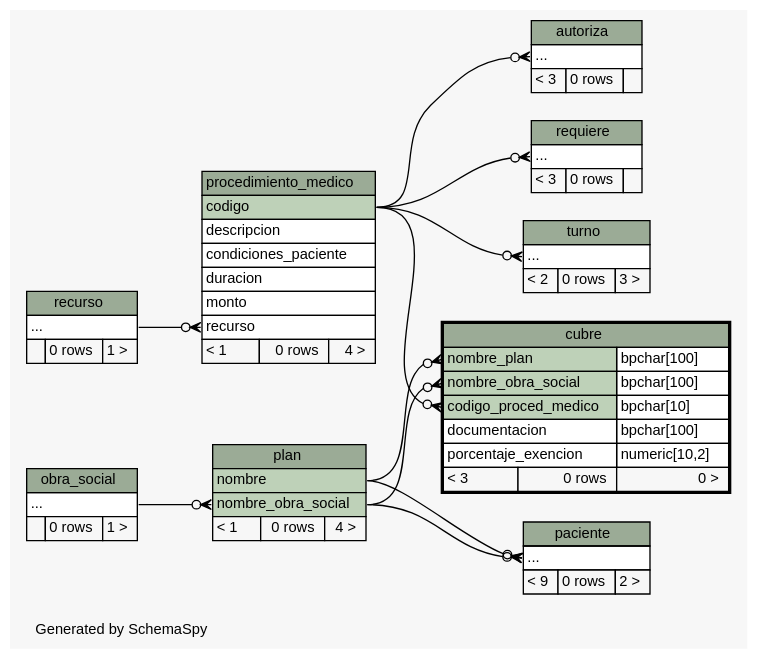
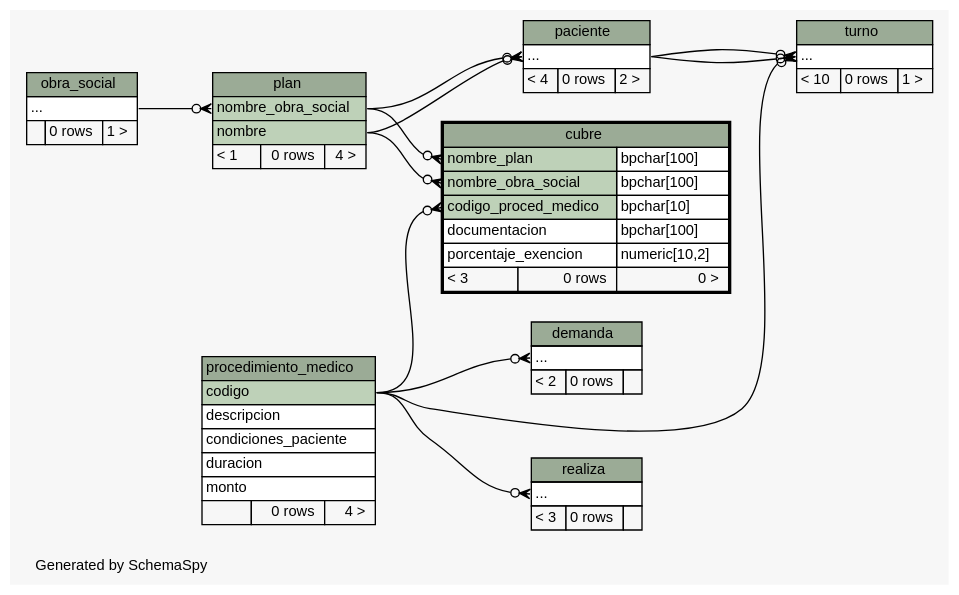
Before and after one commit to smpiano/bd-1cuat-2014-agenda-med: the diagram in tp1/build/schema/diagrams/cubre.2degrees.dot, drawn with Graphviz. The commit also changed 165 other files, not shown here.

```diff
--- a/tp1/build/schema/diagrams/cubre.2degrees.dot
+++ b/tp1/build/schema/diagrams/cubre.2degrees.dot
@@ -1,132 +1,122 @@
 // dot 2.26.3 on Linux 3.8.0-35-generic
 // SchemaSpy rev 590
 digraph "twoDegreesRelationshipsDiagram" {
   graph [
     rankdir="RL"
     bgcolor="#f7f7f7"
     label="\nGenerated by SchemaSpy"
     labeljust="l"
     nodesep="0.18"
     ranksep="0.46"
     fontname="Helvetica"
     fontsize="11"
   ];
   node [
     fontname="Helvetica"
     fontsize="11"
     shape="plaintext"
   ];
   edge [
     arrowsize="0.8"
   ];
-  "autoriza":"elipses":w -> "procedimiento_medico":"codigo":e [arrowhead=none dir=back arrowtail=crowodot];
   "cubre":"codigo_proced_medico":w -> "procedimiento_medico":"codigo":e [arrowhead=none dir=back arrowtail=crowodot];
-  "cubre":"nombre_obra_social":w -> "plan":"nombre_obra_social":e [arrowhead=none dir=back arrowtail=crowodot];
-  "cubre":"nombre_plan":w -> "plan":"nombre":e [arrowhead=none dir=back arrowtail=crowodot];
+  "cubre":"nombre_obra_social":w -> "plan":"nombre":e [arrowhead=none dir=back arrowtail=crowodot];
+  "cubre":"nombre_plan":w -> "plan":"nombre_obra_social":e [arrowhead=none dir=back arrowtail=crowodot];
+  "demanda":"elipses":w -> "procedimiento_medico":"codigo":e [arrowhead=none dir=back arrowtail=crowodot];
+  "paciente":"elipses":w -> "plan":"nombre":e [arrowhead=none dir=back arrowtail=crowodot];
   "paciente":"elipses":w -> "plan":"nombre_obra_social":e [arrowhead=none dir=back arrowtail=crowodot];
-  "paciente":"elipses":w -> "plan":"nombre":e [arrowhead=none dir=back arrowtail=crowodot];
   "plan":"nombre_obra_social":w -> "obra_social":"elipses":e [arrowhead=none dir=back arrowtail=crowodot];
-  "procedimiento_medico":"recurso":w -> "recurso":"elipses":e [arrowhead=none dir=back arrowtail=crowodot];
-  "requiere":"elipses":w -> "procedimiento_medico":"codigo":e [arrowhead=none dir=back arrowtail=crowodot];
+  "realiza":"elipses":w -> "procedimiento_medico":"codigo":e [arrowhead=none dir=back arrowtail=crowodot];
   "turno":"elipses":w -> "procedimiento_medico":"codigo":e [arrowhead=none dir=back arrowtail=crowodot];
-  "autoriza" [
-    label=<
-    <TABLE BORDER="0" CELLBORDER="1" CELLSPACING="0" BGCOLOR="#ffffff">
-      <TR><TD COLSPAN="3" BGCOLOR="#9bab96" ALIGN="CENTER">autoriza</TD></TR>
-      <TR><TD PORT="elipses" COLSPAN="3" ALIGN="LEFT">...</TD></TR>
-      <TR><TD ALIGN="LEFT" BGCOLOR="#f7f7f7">&lt; 3</TD><TD ALIGN="RIGHT" BGCOLOR="#f7f7f7">0 rows</TD><TD ALIGN="RIGHT" BGCOLOR="#f7f7f7">  </TD></TR>
-    </TABLE>>
-    URL="autoriza.html"
-    tooltip="autoriza"
-  ];
+  "turno":"elipses":w -> "paciente":"elipses":e [arrowhead=none dir=back arrowtail=crowodot];
+  "turno":"elipses":w -> "paciente":"elipses":e [arrowhead=none dir=back arrowtail=crowodot];
   "cubre" [
     label=<
     <TABLE BORDER="2" CELLBORDER="1" CELLSPACING="0" BGCOLOR="#ffffff">
       <TR><TD COLSPAN="3" BGCOLOR="#9bab96" ALIGN="CENTER">cubre</TD></TR>
       <TR><TD PORT="nombre_plan" COLSPAN="2" BGCOLOR="#bed1b8" ALIGN="LEFT">nombre_plan</TD><TD PORT="nombre_plan.type" ALIGN="LEFT">bpchar[100]</TD></TR>
       <TR><TD PORT="nombre_obra_social" COLSPAN="2" BGCOLOR="#bed1b8" ALIGN="LEFT">nombre_obra_social</TD><TD PORT="nombre_obra_social.type" ALIGN="LEFT">bpchar[100]</TD></TR>
       <TR><TD PORT="codigo_proced_medico" COLSPAN="2" BGCOLOR="#bed1b8" ALIGN="LEFT">codigo_proced_medico</TD><TD PORT="codigo_proced_medico.type" ALIGN="LEFT">bpchar[10]</TD></TR>
       <TR><TD PORT="documentacion" COLSPAN="2" ALIGN="LEFT">documentacion</TD><TD PORT="documentacion.type" ALIGN="LEFT">bpchar[100]</TD></TR>
       <TR><TD PORT="porcentaje_exencion" COLSPAN="2" ALIGN="LEFT">porcentaje_exencion</TD><TD PORT="porcentaje_exencion.type" ALIGN="LEFT">numeric[10,2]</TD></TR>
       <TR><TD ALIGN="LEFT" BGCOLOR="#f7f7f7">&lt; 3</TD><TD ALIGN="RIGHT" BGCOLOR="#f7f7f7">0 rows</TD><TD ALIGN="RIGHT" BGCOLOR="#f7f7f7">0 &gt;</TD></TR>
     </TABLE>>
     URL="cubre.html"
     tooltip="cubre"
+  ];
+  "demanda" [
+    label=<
+    <TABLE BORDER="0" CELLBORDER="1" CELLSPACING="0" BGCOLOR="#ffffff">
+      <TR><TD COLSPAN="3" BGCOLOR="#9bab96" ALIGN="CENTER">demanda</TD></TR>
+      <TR><TD PORT="elipses" COLSPAN="3" ALIGN="LEFT">...</TD></TR>
+      <TR><TD ALIGN="LEFT" BGCOLOR="#f7f7f7">&lt; 2</TD><TD ALIGN="RIGHT" BGCOLOR="#f7f7f7">0 rows</TD><TD ALIGN="RIGHT" BGCOLOR="#f7f7f7">  </TD></TR>
+    </TABLE>>
+    URL="demanda.html"
+    tooltip="demanda"
   ];
   "obra_social" [
     label=<
     <TABLE BORDER="0" CELLBORDER="1" CELLSPACING="0" BGCOLOR="#ffffff">
       <TR><TD COLSPAN="3" BGCOLOR="#9bab96" ALIGN="CENTER">obra_social</TD></TR>
       <TR><TD PORT="elipses" COLSPAN="3" ALIGN="LEFT">...</TD></TR>
       <TR><TD ALIGN="LEFT" BGCOLOR="#f7f7f7">  </TD><TD ALIGN="RIGHT" BGCOLOR="#f7f7f7">0 rows</TD><TD ALIGN="RIGHT" BGCOLOR="#f7f7f7">1 &gt;</TD></TR>
     </TABLE>>
     URL="obra_social.html"
     tooltip="obra_social"
   ];
   "paciente" [
     label=<
     <TABLE BORDER="0" CELLBORDER="1" CELLSPACING="0" BGCOLOR="#ffffff">
       <TR><TD COLSPAN="3" BGCOLOR="#9bab96" ALIGN="CENTER">paciente</TD></TR>
       <TR><TD PORT="elipses" COLSPAN="3" ALIGN="LEFT">...</TD></TR>
-      <TR><TD ALIGN="LEFT" BGCOLOR="#f7f7f7">&lt; 9</TD><TD ALIGN="RIGHT" BGCOLOR="#f7f7f7">0 rows</TD><TD ALIGN="RIGHT" BGCOLOR="#f7f7f7">2 &gt;</TD></TR>
+      <TR><TD ALIGN="LEFT" BGCOLOR="#f7f7f7">&lt; 4</TD><TD ALIGN="RIGHT" BGCOLOR="#f7f7f7">0 rows</TD><TD ALIGN="RIGHT" BGCOLOR="#f7f7f7">2 &gt;</TD></TR>
     </TABLE>>
     URL="paciente.html"
     tooltip="paciente"
   ];
   "plan" [
     label=<
     <TABLE BORDER="0" CELLBORDER="1" CELLSPACING="0" BGCOLOR="#ffffff">
       <TR><TD COLSPAN="3" BGCOLOR="#9bab96" ALIGN="CENTER">plan</TD></TR>
+      <TR><TD PORT="nombre_obra_social" COLSPAN="3" BGCOLOR="#bed1b8" ALIGN="LEFT">nombre_obra_social</TD></TR>
       <TR><TD PORT="nombre" COLSPAN="3" BGCOLOR="#bed1b8" ALIGN="LEFT">nombre</TD></TR>
-      <TR><TD PORT="nombre_obra_social" COLSPAN="3" BGCOLOR="#bed1b8" ALIGN="LEFT">nombre_obra_social</TD></TR>
       <TR><TD ALIGN="LEFT" BGCOLOR="#f7f7f7">&lt; 1</TD><TD ALIGN="RIGHT" BGCOLOR="#f7f7f7">0 rows</TD><TD ALIGN="RIGHT" BGCOLOR="#f7f7f7">4 &gt;</TD></TR>
     </TABLE>>
     URL="plan.html"
     tooltip="plan"
   ];
   "procedimiento_medico" [
     label=<
     <TABLE BORDER="0" CELLBORDER="1" CELLSPACING="0" BGCOLOR="#ffffff">
       <TR><TD COLSPAN="3" BGCOLOR="#9bab96" ALIGN="CENTER">procedimiento_medico</TD></TR>
       <TR><TD PORT="codigo" COLSPAN="3" BGCOLOR="#bed1b8" ALIGN="LEFT">codigo</TD></TR>
       <TR><TD PORT="descripcion" COLSPAN="3" ALIGN="LEFT">descripcion</TD></TR>
       <TR><TD PORT="condiciones_paciente" COLSPAN="3" ALIGN="LEFT">condiciones_paciente</TD></TR>
       <TR><TD PORT="duracion" COLSPAN="3" ALIGN="LEFT">duracion</TD></TR>
       <TR><TD PORT="monto" COLSPAN="3" ALIGN="LEFT">monto</TD></TR>
-      <TR><TD PORT="recurso" COLSPAN="3" ALIGN="LEFT">recurso</TD></TR>
-      <TR><TD ALIGN="LEFT" BGCOLOR="#f7f7f7">&lt; 1</TD><TD ALIGN="RIGHT" BGCOLOR="#f7f7f7">0 rows</TD><TD ALIGN="RIGHT" BGCOLOR="#f7f7f7">4 &gt;</TD></TR>
+      <TR><TD ALIGN="LEFT" BGCOLOR="#f7f7f7">  </TD><TD ALIGN="RIGHT" BGCOLOR="#f7f7f7">0 rows</TD><TD ALIGN="RIGHT" BGCOLOR="#f7f7f7">4 &gt;</TD></TR>
     </TABLE>>
     URL="procedimiento_medico.html"
     tooltip="procedimiento_medico"
   ];
-  "recurso" [
+  "realiza" [
     label=<
     <TABLE BORDER="0" CELLBORDER="1" CELLSPACING="0" BGCOLOR="#ffffff">
-      <TR><TD COLSPAN="3" BGCOLOR="#9bab96" ALIGN="CENTER">recurso</TD></TR>
-      <TR><TD PORT="elipses" COLSPAN="3" ALIGN="LEFT">...</TD></TR>
-      <TR><TD ALIGN="LEFT" BGCOLOR="#f7f7f7">  </TD><TD ALIGN="RIGHT" BGCOLOR="#f7f7f7">0 rows</TD><TD ALIGN="RIGHT" BGCOLOR="#f7f7f7">1 &gt;</TD></TR>
-    </TABLE>>
-    URL="recurso.html"
-    tooltip="recurso"
-  ];
-  "requiere" [
-    label=<
-    <TABLE BORDER="0" CELLBORDER="1" CELLSPACING="0" BGCOLOR="#ffffff">
-      <TR><TD COLSPAN="3" BGCOLOR="#9bab96" ALIGN="CENTER">requiere</TD></TR>
+      <TR><TD COLSPAN="3" BGCOLOR="#9bab96" ALIGN="CENTER">realiza</TD></TR>
       <TR><TD PORT="elipses" COLSPAN="3" ALIGN="LEFT">...</TD></TR>
       <TR><TD ALIGN="LEFT" BGCOLOR="#f7f7f7">&lt; 3</TD><TD ALIGN="RIGHT" BGCOLOR="#f7f7f7">0 rows</TD><TD ALIGN="RIGHT" BGCOLOR="#f7f7f7">  </TD></TR>
     </TABLE>>
-    URL="requiere.html"
-    tooltip="requiere"
+    URL="realiza.html"
+    tooltip="realiza"
   ];
   "turno" [
     label=<
     <TABLE BORDER="0" CELLBORDER="1" CELLSPACING="0" BGCOLOR="#ffffff">
       <TR><TD COLSPAN="3" BGCOLOR="#9bab96" ALIGN="CENTER">turno</TD></TR>
       <TR><TD PORT="elipses" COLSPAN="3" ALIGN="LEFT">...</TD></TR>
-      <TR><TD ALIGN="LEFT" BGCOLOR="#f7f7f7">&lt; 2</TD><TD ALIGN="RIGHT" BGCOLOR="#f7f7f7">0 rows</TD><TD ALIGN="RIGHT" BGCOLOR="#f7f7f7">3 &gt;</TD></TR>
+      <TR><TD ALIGN="LEFT" BGCOLOR="#f7f7f7">&lt; 10</TD><TD ALIGN="RIGHT" BGCOLOR="#f7f7f7">0 rows</TD><TD ALIGN="RIGHT" BGCOLOR="#f7f7f7">1 &gt;</TD></TR>
     </TABLE>>
     URL="turno.html"
     tooltip="turno"
   ];
 }
```
